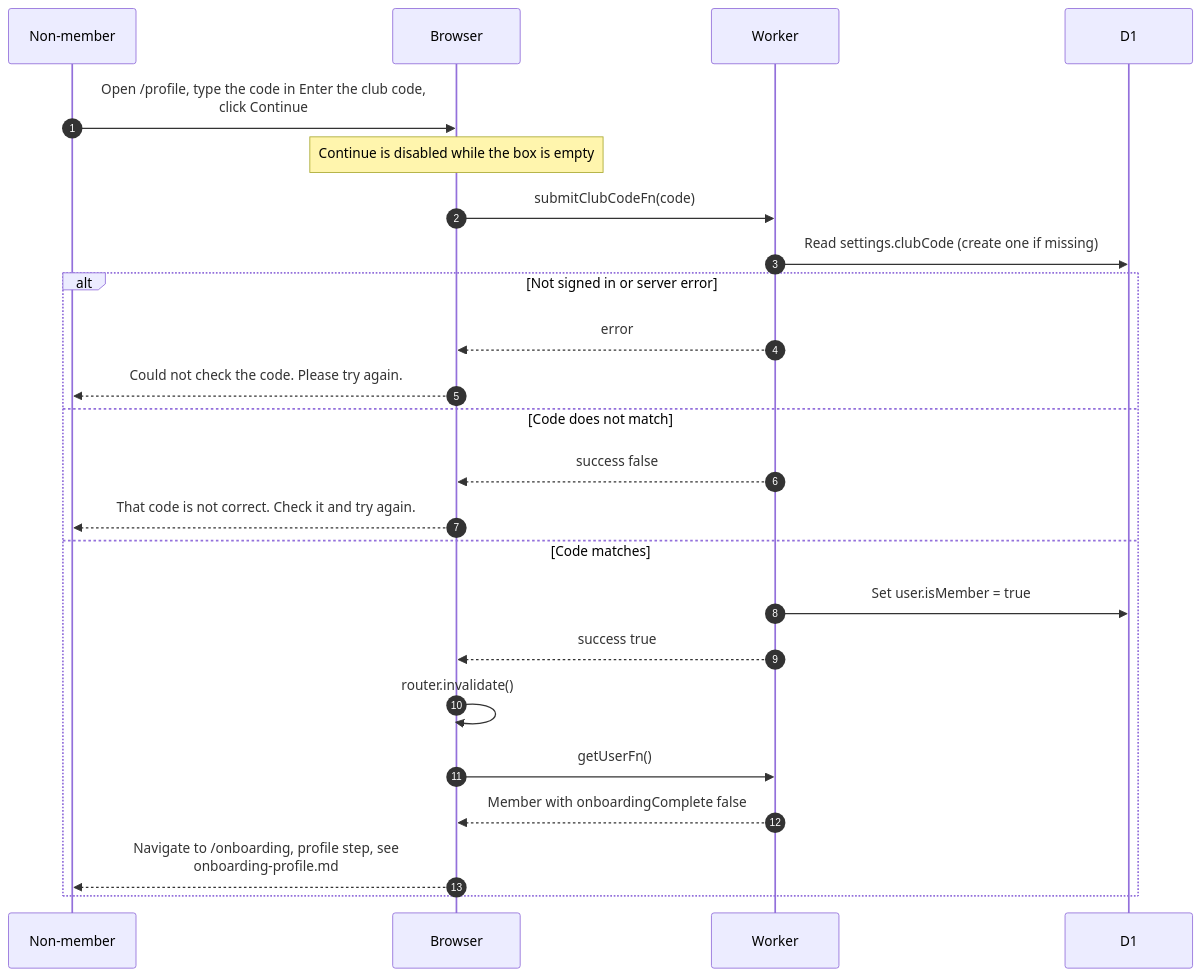
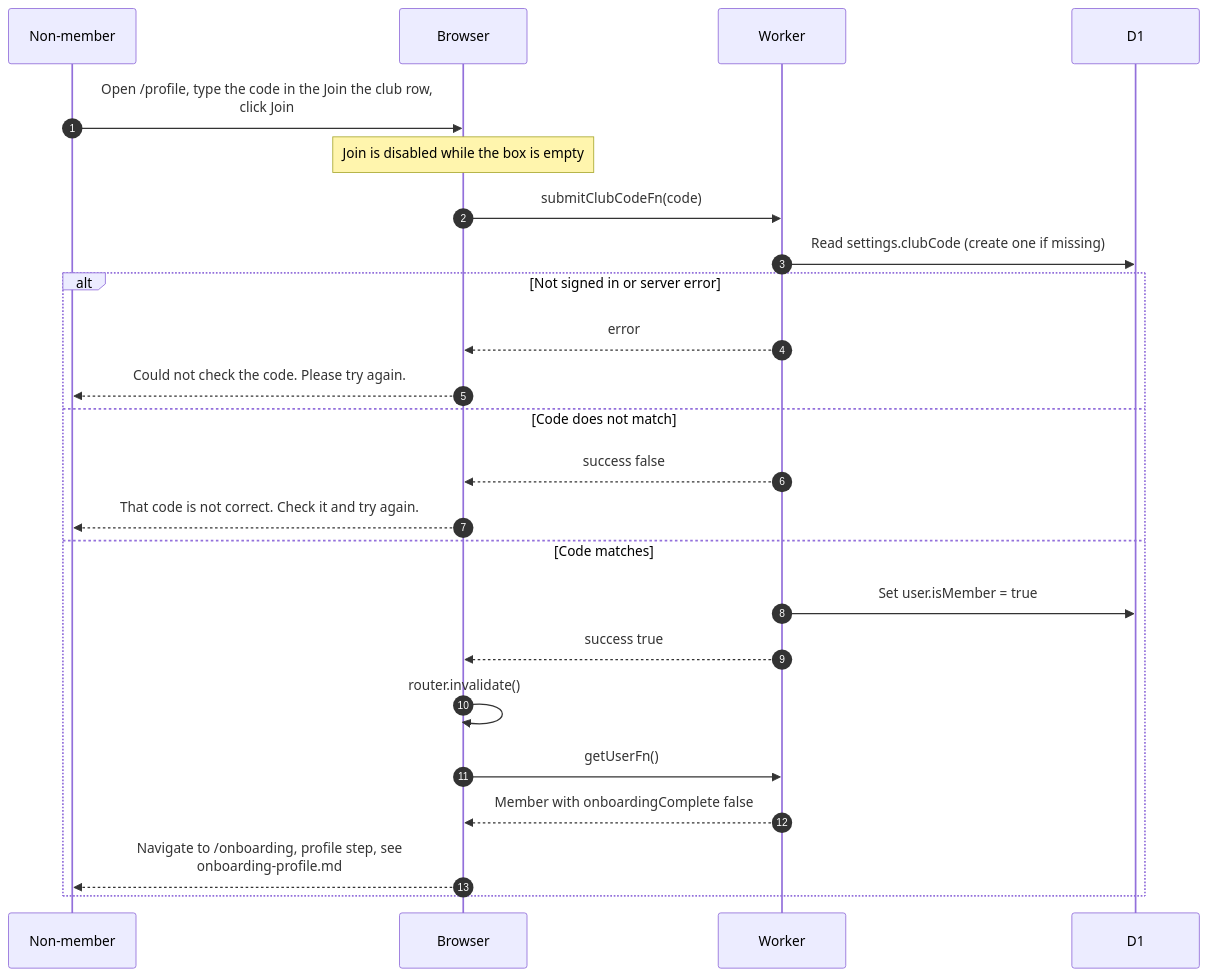
Before and after one commit to sagyzdop/meriksirat: the diagram in docs/scenarios/account/join-club.md, drawn with Mermaid. The commit also changed other lines of this file and 33 other files, not shown here.

````diff
--- a/docs/scenarios/account/join-club.md
+++ b/docs/scenarios/account/join-club.md
@@ -22,26 +22,26 @@
 ```mermaid
 sequenceDiagram
     autonumber
     participant P as Non-member
     participant B as Browser
     participant W as Worker
     participant D as D1
-    P->>B: Open /profile, type the code in Enter the club code,<br/>click Continue
-    Note over B: Continue is disabled while the box is empty
+    P->>B: Open /profile, type the code in the Join the club row,<br/>click Join
+    Note over B: Join is disabled while the box is empty
     B->>W: submitClubCodeFn(code)
     W->>D: Read settings.clubCode (create one if missing)
     alt Not signed in or server error
         W-->>B: error
         B-->>P: Could not check the code. Please try again.
     else Code does not match
         W-->>B: success false
         B-->>P: That code is not correct. Check it and try again.
     else Code matches
         W->>D: Set user.isMember = true
         W-->>B: success true
         B->>B: router.invalidate()
         B->>W: getUserFn()
         W-->>B: Member with onboardingComplete false
         B-->>P: Navigate to /onboarding, profile step, see<br/>onboarding-profile.md
     end
 ```
````
